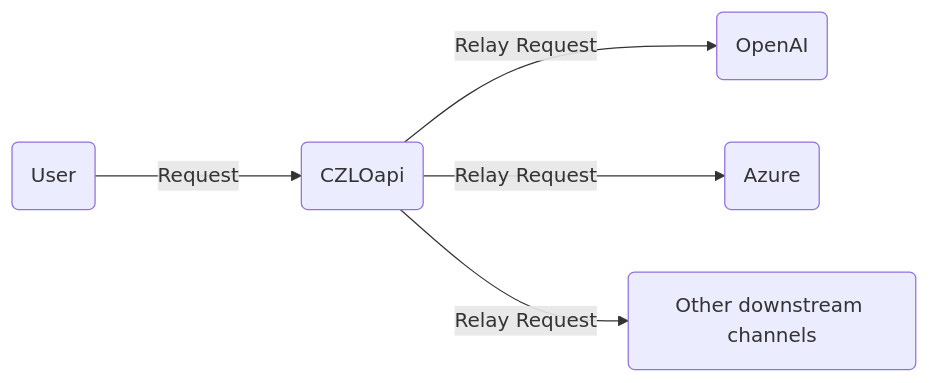
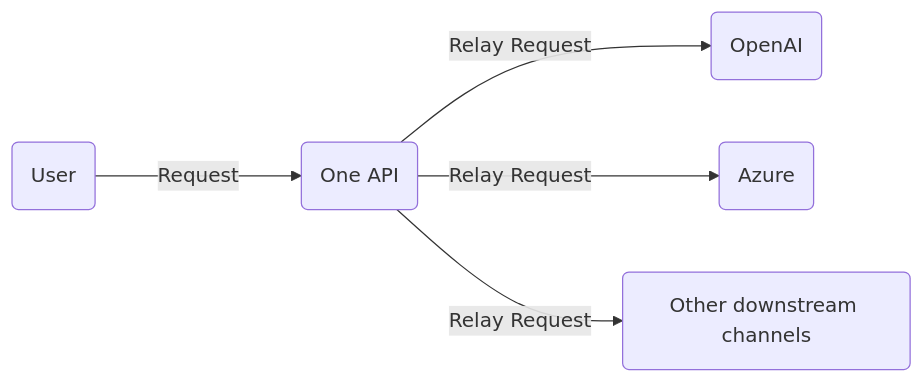
Before and after one commit to MartialBE/one-hub: the diagram in README.en.md, drawn with Mermaid. The commit also changed other lines of this file and 78 other files, not shown here.

````diff
--- a/README.en.md
+++ b/README.en.md
@@ -245,8 +245,8 @@
 ```mermaid
 graph LR
     A(User)
-    A --->|Request| B(CZLOapi)
+    A --->|Request| B(One API)
     B -->|Relay Request| C(OpenAI)
     B -->|Relay Request| D(Azure)
     B -->|Relay Request| E(Other downstream channels)
 ```
````
